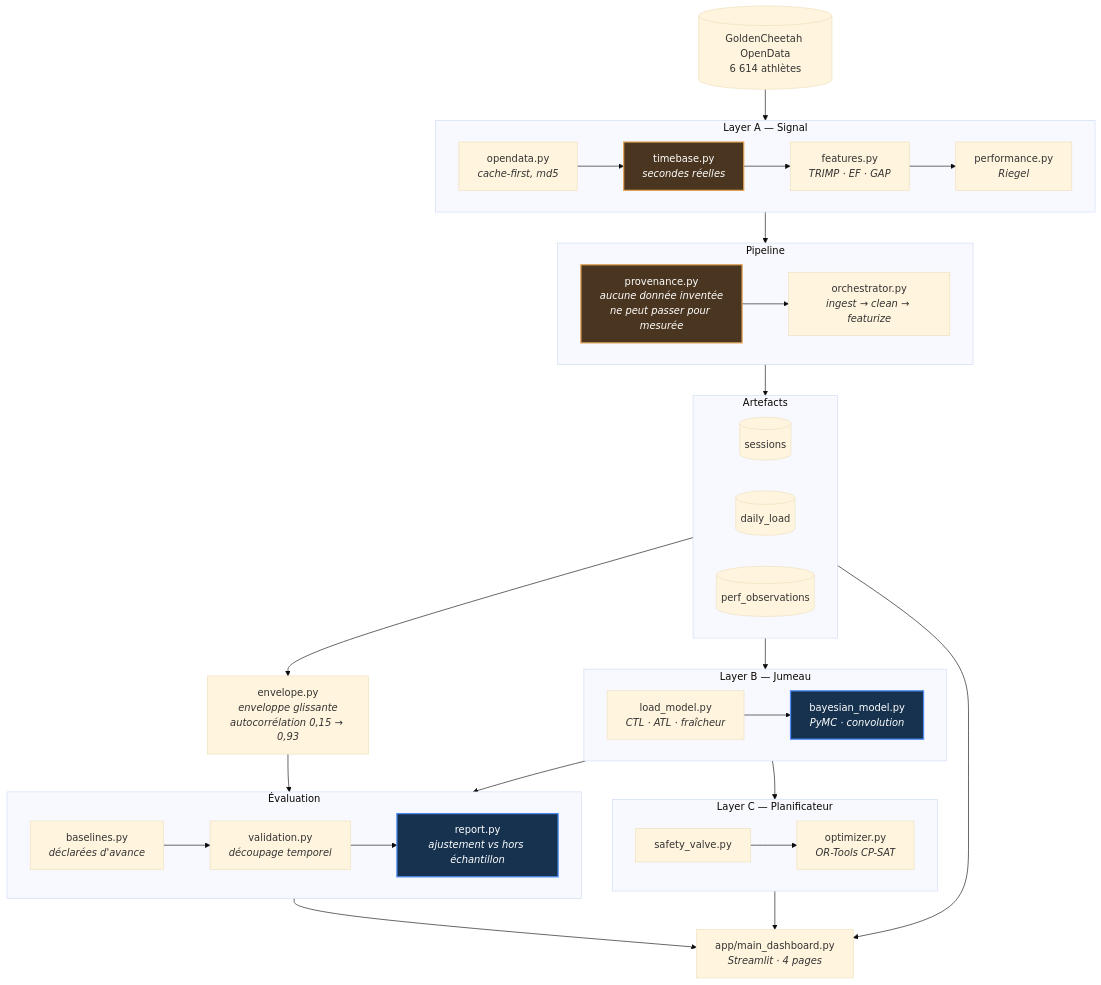
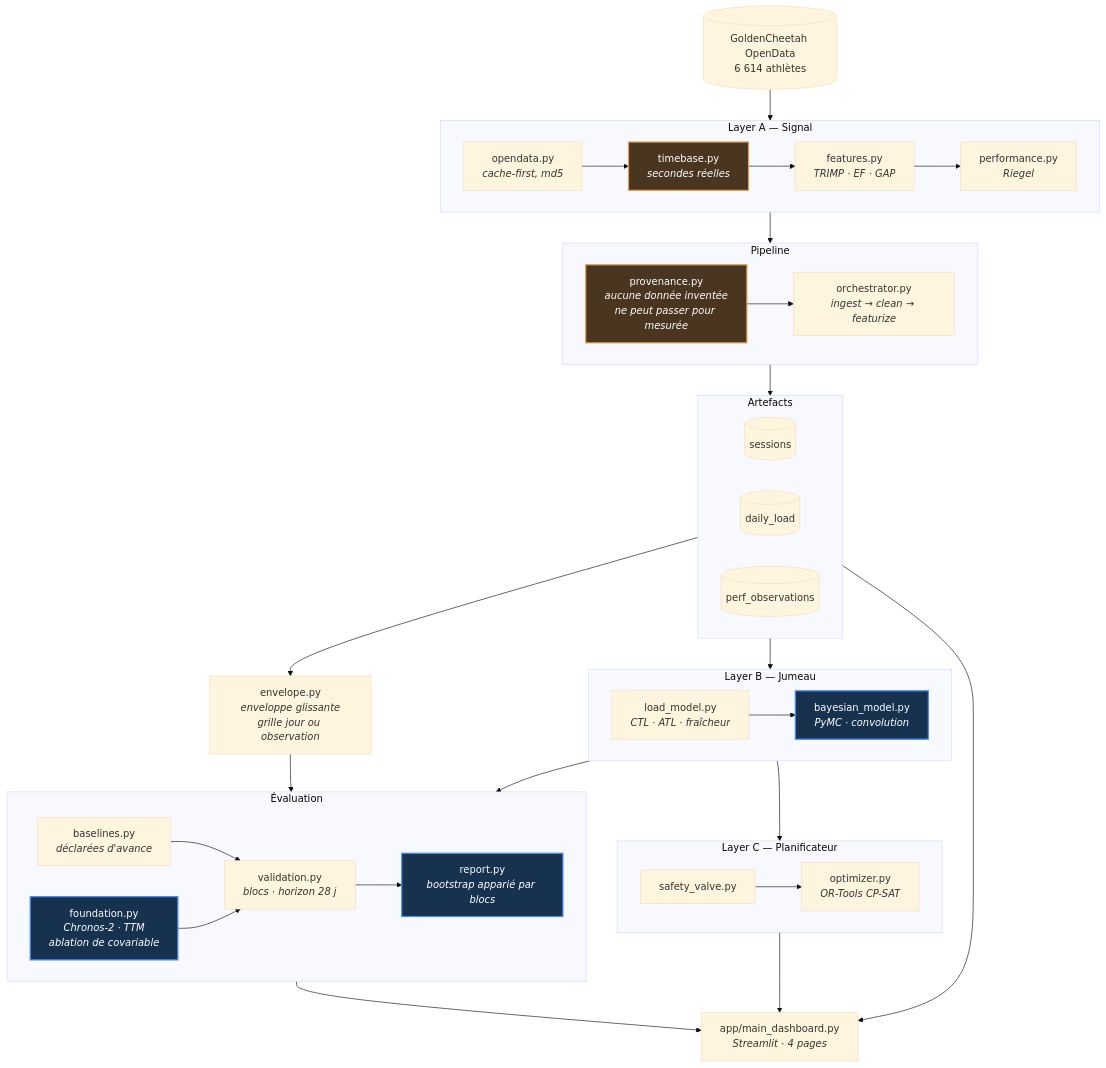
One commit to louisrodembourg/Adaptive-digital-twin-endurance changed the diagram in README.md. Above: the diagram before and after it, drawn with Mermaid (base theme). The commit also changed other lines of this file and 2 other files, not shown here.

````diff
--- a/README.md
+++ b/README.md
@@ -108,67 +283,69 @@
 ```mermaid
 flowchart TB
     OSF[("GoldenCheetah OpenData<br/>6 614 athlètes")]
 
     subgraph A["Layer A — Signal"]
         direction LR
         ING["opendata.py<br/><i>cache-first, md5</i>"]
         TB["timebase.py<br/><i>secondes réelles</i>"]
         FEAT["features.py<br/><i>TRIMP · EF · GAP</i>"]
         PERF["performance.py<br/><i>Riegel</i>"]
         ING --> TB --> FEAT --> PERF
     end
 
     subgraph P["Pipeline"]
         direction LR
         PROV["provenance.py<br/><i>aucune donnée inventée<br/>ne peut passer pour mesurée</i>"]
         ORCH["orchestrator.py<br/><i>ingest → clean → featurize</i>"]
         PROV --> ORCH
     end
 
     subgraph STORE["Artefacts"]
         direction LR
         S1[("sessions")]
         S2[("daily_load")]
         S3[("perf_observations")]
     end
 
-    ENV["envelope.py<br/><i>enveloppe glissante<br/>autocorrélation 0,15 → 0,93</i>"]
+    ENV["envelope.py<br/><i>enveloppe glissante<br/>grille jour ou observation</i>"]
 
     subgraph B["Layer B — Jumeau"]
         direction LR
         LOAD["load_model.py<br/><i>CTL · ATL · fraîcheur</i>"]
         BAYES["bayesian_model.py<br/><i>PyMC · convolution</i>"]
         LOAD --> BAYES
     end
 
     subgraph E["Évaluation"]
         direction LR
         BASE["baselines.py<br/><i>déclarées d'avance</i>"]
-        VALID["validation.py<br/><i>découpage temporel</i>"]
-        REPORT["report.py<br/><i>ajustement vs hors échantillon</i>"]
+        FND["foundation.py<br/><i>Chronos-2 · TTM<br/>ablation de covariable</i>"]
+        VALID["validation.py<br/><i>blocs · horizon 28 j</i>"]
+        REPORT["report.py<br/><i>bootstrap apparié par blocs</i>"]
         BASE --> VALID --> REPORT
+        FND --> VALID
     end
 
     subgraph C["Layer C — Planificateur"]
         direction LR
         SAFE["safety_valve.py"]
         OPT["optimizer.py<br/><i>OR-Tools CP-SAT</i>"]
         SAFE --> OPT
     end
 
     UI["app/main_dashboard.py<br/><i>Streamlit · 4 pages</i>"]
 
     OSF --> A --> P --> STORE
     STORE --> ENV --> E
     STORE --> B
     B --> E
     B --> C
     E --> UI
     C --> UI
     STORE --> UI
 
     classDef result fill:#16324f,stroke:#4c8bf5,stroke-width:2px,color:#fff
     classDef guard fill:#4a3620,stroke:#e0a355,stroke-width:2px,color:#fff
-    class REPORT,BAYES result
+    class REPORT,BAYES,FND result
     class PROV,TB guard
 ```
````
